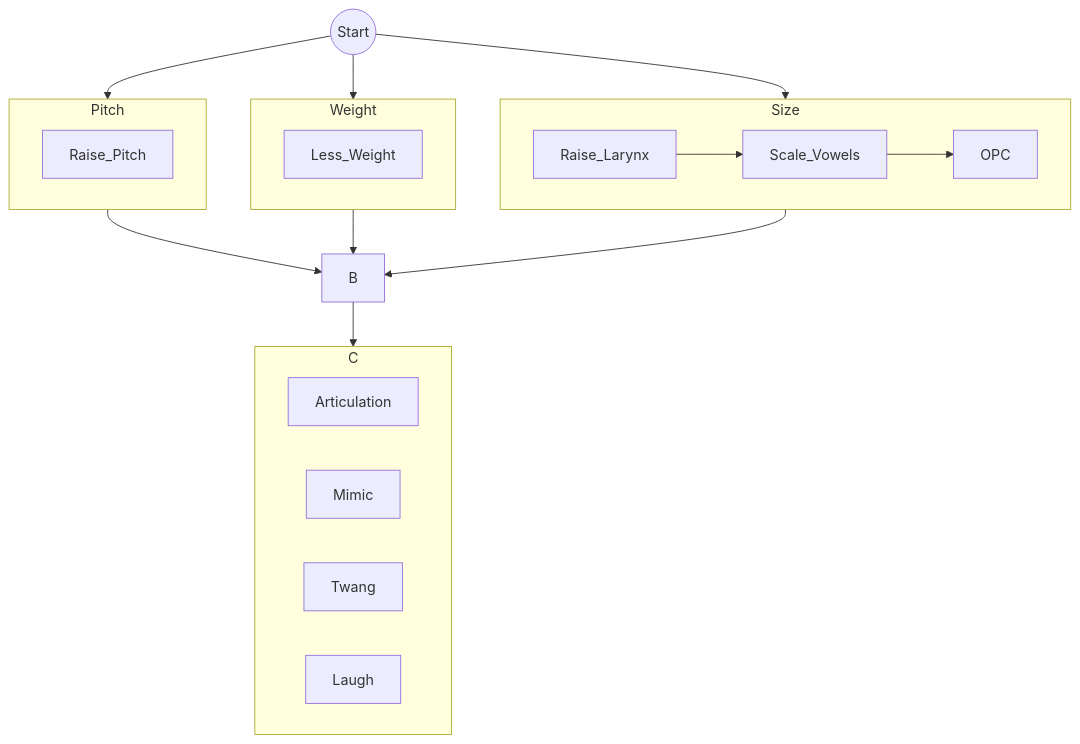
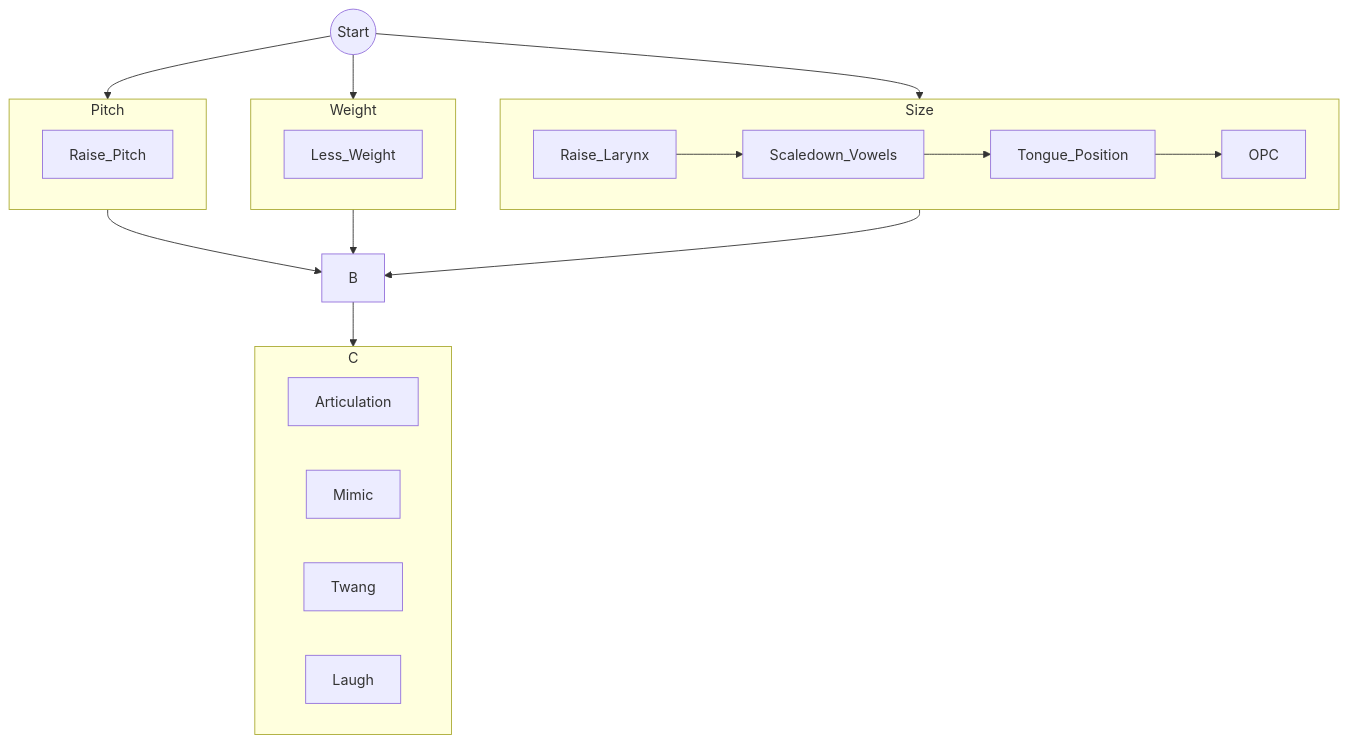
Before and after one commit to iggy-smart/voice-alt: the diagram in female-voice-en.md, drawn with Mermaid. The commit also changed other lines of this file, not shown here.

````diff
--- a/female-voice-en.md
+++ b/female-voice-en.md
@@ -69,31 +92,31 @@
 ```mermaid
 graph TD
     A((Start))
     A --> Pitch --> B
     A --> Weight --> B
     A --> Size --> B
 
     subgraph Pitch
         Raise_Pitch
     end
 
     subgraph Size
-        Raise_Larynx --> Scale_Vowels --> OPC
+        Raise_Larynx --> Scaledown_Vowels --> Tongue_Position --> OPC
     end
 
     subgraph Weight
         Less_Weight
     end
 
     C[Improve]
 
     B --> C
 
     subgraph C
         Articulation
         Mimic
         Twang
         Laugh
     end
     
 ```
````
